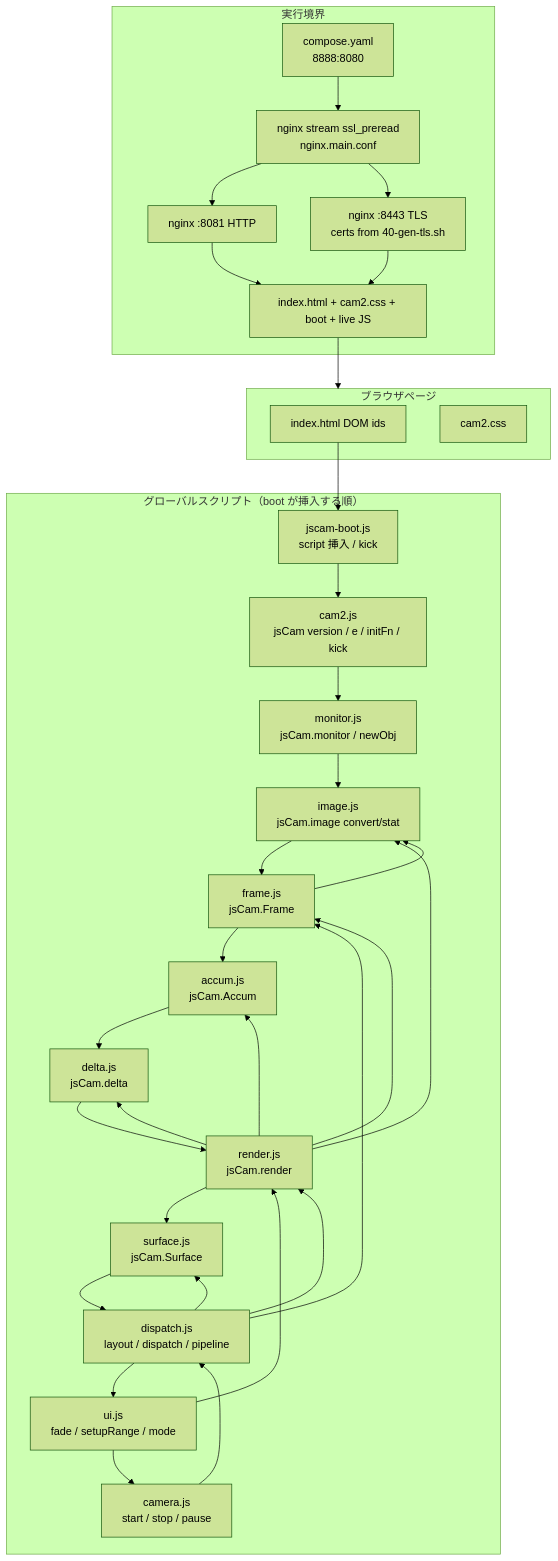
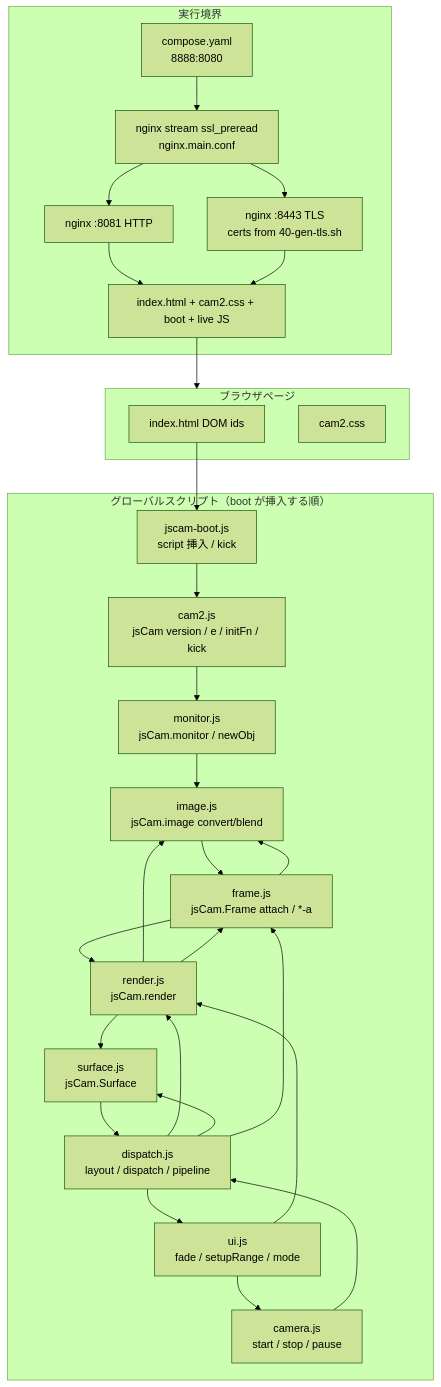
The first of 4 diagrams in jscam/cam2-design.md (mfujimoto-code/JSCam), drawn with Mermaid (forest theme) before and after one commit. The commit also changed other lines of this file and 8 other files, not shown here.

Commit message:
docs: sync design and tests after Frame accum merge

````diff
--- a/jscam/cam2-design.md
+++ b/jscam/cam2-design.md
@@ -169,51 +167,47 @@
 ```mermaid
 flowchart TB
   subgraph Runtime["実行境界"]
     Compose["compose.yaml<br/>8888:8080"]
     Stream["nginx stream ssl_preread<br/>nginx.main.conf"]
     HTTP["nginx :8081 HTTP"]
     TLS["nginx :8443 TLS<br/>certs from 40-gen-tls.sh"]
     Static["index.html + cam2.css + boot + live JS"]
     Compose --> Stream
     Stream --> HTTP
     Stream --> TLS
     HTTP --> Static
     TLS --> Static
   end
 
   subgraph Page["ブラウザページ"]
     HTML["index.html DOM ids"]
     CSS["cam2.css"]
   end
 
   Static --> Page
 
   subgraph Scripts["グローバルスクリプト（boot が挿入する順）"]
     Boot["jscam-boot.js<br/>script 挿入 / kick"]
     Cam2["cam2.js<br/>jsCam version / e / initFn / kick"]
     MonF["monitor.js<br/>jsCam.monitor / newObj"]
-    ImageF["image.js<br/>jsCam.image convert/stat"]
-    FrameF["frame.js<br/>jsCam.Frame"]
-    AccumF["accum.js<br/>jsCam.Accum"]
-    DeltaF["delta.js<br/>jsCam.delta"]
+    ImageF["image.js<br/>jsCam.image convert/blend"]
+    FrameF["frame.js<br/>jsCam.Frame attach / *-a"]
     RenderF["render.js<br/>jsCam.render"]
     SurfF["surface.js<br/>jsCam.Surface"]
     DispF["dispatch.js<br/>layout / dispatch / pipeline"]
     UiF["ui.js<br/>fade / setupRange / mode"]
     CamF["camera.js<br/>start / stop / pause"]
-    Boot --> Cam2 --> MonF --> ImageF --> FrameF --> AccumF --> DeltaF --> RenderF --> SurfF --> DispF --> UiF --> CamF
+    Boot --> Cam2 --> MonF --> ImageF --> FrameF --> RenderF --> SurfF --> DispF --> UiF --> CamF
   end
 
   HTML --> Boot
 
   DispF --> RenderF
   DispF --> SurfF
   FrameF --> ImageF
   RenderF --> ImageF
   RenderF --> FrameF
-  RenderF --> AccumF
-  RenderF --> DeltaF
   DispF --> FrameF
   CamF --> DispF
   UiF --> RenderF
 ```
````
